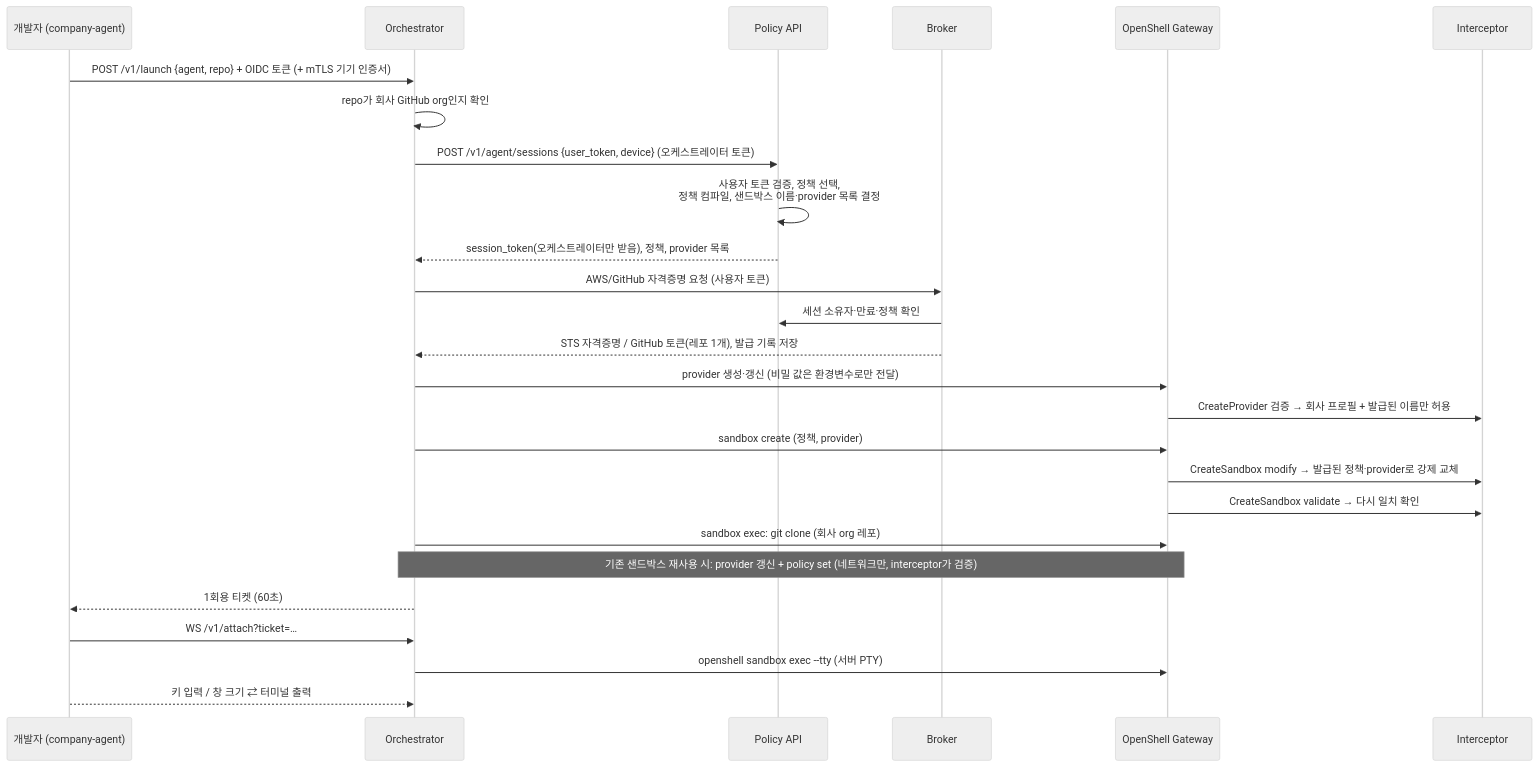
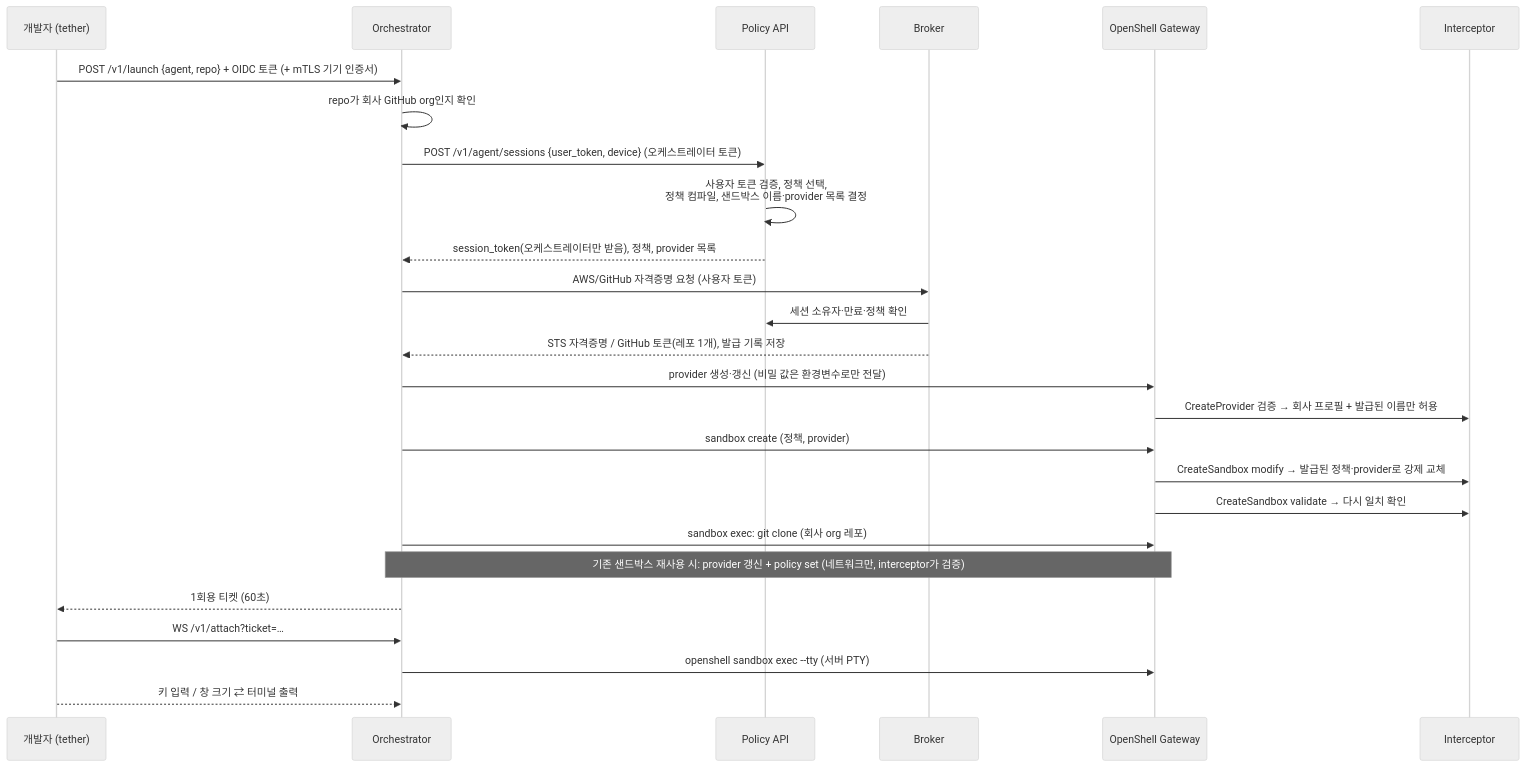
The second of 5 diagrams in docs/overview.md (nugulhie/Tether), drawn with Mermaid (neutral theme) before and after one commit. The commit also changed other lines of this file and 69 other files, not shown here.

````diff
--- a/docs/overview.md
+++ b/docs/overview.md
@@ -134,28 +134,28 @@
 ```mermaid
 sequenceDiagram
-    participant U as 개발자 (company-agent)
+    participant U as 개발자 (tether)
     participant O as Orchestrator
     participant P as Policy API
     participant B as Broker
     participant G as OpenShell Gateway
     participant I as Interceptor
     U->>O: POST /v1/launch {agent, repo} + OIDC 토큰 (+ mTLS 기기 인증서)
     O->>O: repo가 회사 GitHub org인지 확인
     O->>P: POST /v1/agent/sessions {user_token, device} (오케스트레이터 토큰)
     P->>P: 사용자 토큰 검증, 정책 선택,<br/>정책 컴파일, 샌드박스 이름·provider 목록 결정
     P-->>O: session_token(오케스트레이터만 받음), 정책, provider 목록
     O->>B: AWS/GitHub 자격증명 요청 (사용자 토큰)
     B->>P: 세션 소유자·만료·정책 확인
     B-->>O: STS 자격증명 / GitHub 토큰(레포 1개), 발급 기록 저장
     O->>G: provider 생성·갱신 (비밀 값은 환경변수로만 전달)
     G->>I: CreateProvider 검증 → 회사 프로필 + 발급된 이름만 허용
     O->>G: sandbox create (정책, provider)
     G->>I: CreateSandbox modify → 발급된 정책·provider로 강제 교체
     G->>I: CreateSandbox validate → 다시 일치 확인
     O->>G: sandbox exec: git clone (회사 org 레포)
     Note over O,G: 기존 샌드박스 재사용 시: provider 갱신 + policy set (네트워크만, interceptor가 검증)
     O-->>U: 1회용 티켓 (60초)
     U->>O: WS /v1/attach?ticket=…
     O->>G: openshell sandbox exec --tty (서버 PTY)
     U-->>O: 키 입력 / 창 크기 ⇄ 터미널 출력
 ```
````
